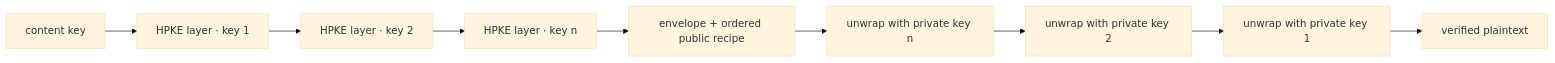
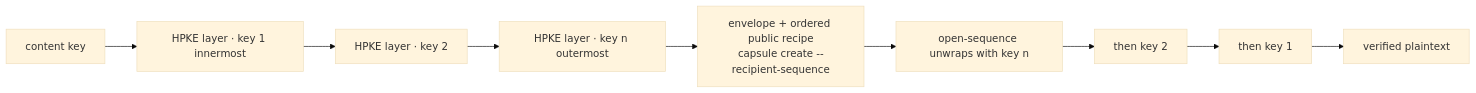
The tenth of 10 diagrams in docs/flows.md (pedro5g/Rebyte), drawn with Mermaid (base theme) before and after one commit. The commit also changed other lines of this file and 5 other files, not shown here.

Commit message:
docs(chain): document sharding, sequences and tpm contract

````diff
--- a/docs/flows.md
+++ b/docs/flows.md
@@ -198,11 +196,11 @@
 ```mermaid
 flowchart LR
-    CEK[content key] --> L1[HPKE layer · key 1]
+    CEK[content key] --> L1[HPKE layer · key 1 innermost]
     L1 --> L2[HPKE layer · key 2]
-    L2 --> L3[HPKE layer · key n]
-    L3 --> ENV[envelope + ordered public recipe]
-    ENV --> U3[unwrap with private key n]
-    U3 --> U2[unwrap with private key 2]
-    U2 --> U1[unwrap with private key 1]
+    L2 --> L3[HPKE layer · key n outermost]
+    L3 --> ENV[envelope + ordered public recipe<br/>capsule create --recipient-sequence]
+    ENV --> U3[open-sequence unwraps with key n]
+    U3 --> U2[then key 2]
+    U2 --> U1[then key 1]
     U1 --> OPEN[verified plaintext]
 ```
````
